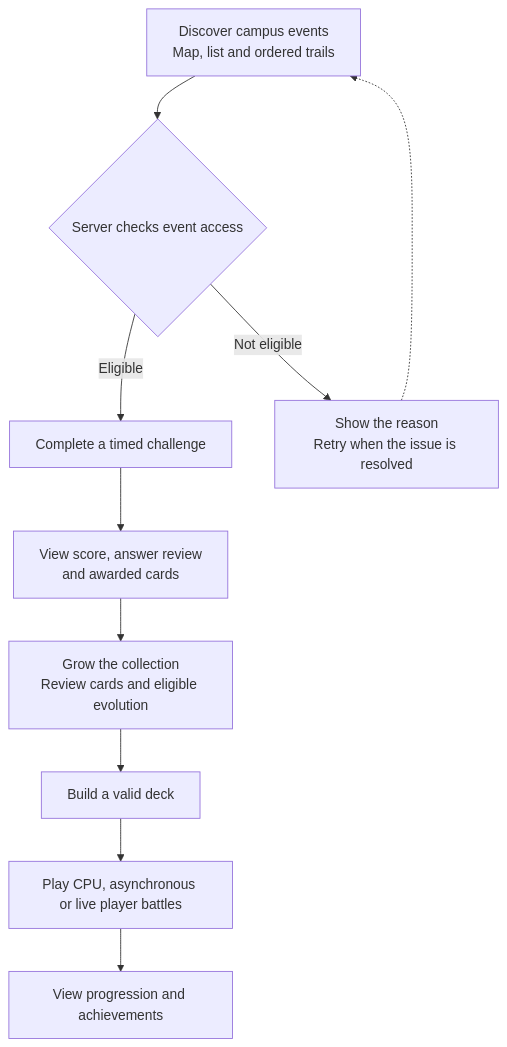
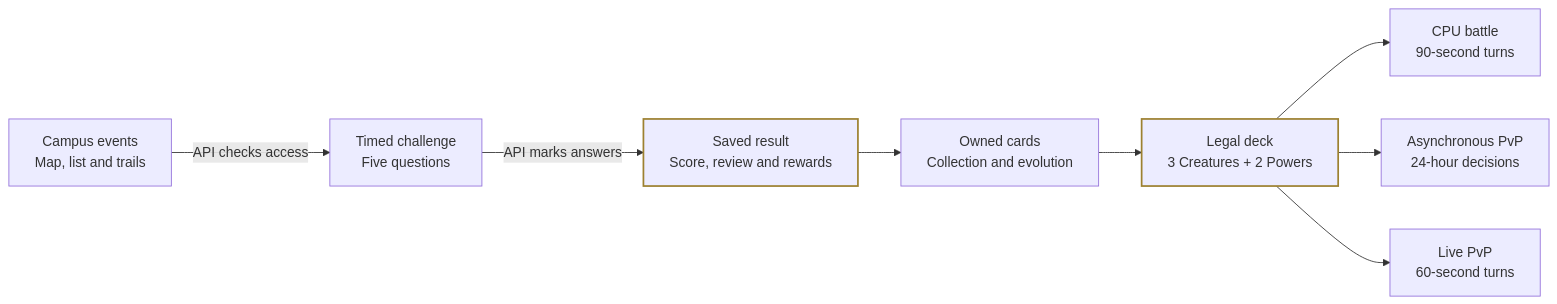
The first of 2 diagrams in docs/architecture/diagrams/index.md (Gradient-Ascenders/Wits-World), drawn with Mermaid before and after one commit. The commit also changed other lines of this file and 4 other files, not shown here.

````diff
--- a/docs/architecture/diagrams/index.md
+++ b/docs/architecture/diagrams/index.md
@@ -17,19 +16,25 @@
 ```mermaid
-flowchart TB
-    accTitle: The Wits Quest player journey
-    accDescr: Discover an event, pass the server eligibility check, play a challenge, receive the stored result, grow a card collection, build a valid deck and battle. Trails and progression connect repeated play.
-    Explore["Discover campus events<br/>Map, list and ordered trails"]
-    Eligible{"Server checks event access"}
-    Retry["Show the reason<br/>Retry when the issue is resolved"]
-    Challenge["Complete a timed challenge"]
-    Results["View score, answer review<br/>and awarded cards"]
-    Collection["Grow the collection<br/>Review cards and eligible evolution"]
-    Deck["Build a valid deck"]
-    Battle["Play CPU, asynchronous or live player battles"]
-    Progress["View progression and achievements"]
-    Explore --> Eligible
-    Eligible -->|"Eligible"| Challenge
-    Eligible -->|"Not eligible"| Retry
-    Retry -.-> Explore
-    Challenge --> Results --> Collection --> Deck --> Battle --> Progress
+flowchart LR
+    accTitle: From campus events to card battles
+    accDescr: The API checks event access before a five-question challenge. Its saved result determines card rewards. Players manage owned cards, build a legal deck, and choose CPU, asynchronous, or live battles. This is a gameplay flow rather than a mandatory navigation sequence.
+
+    Events["Campus events<br/>Map, list and trails"]
+    Quiz["Timed challenge<br/>Five questions"]
+    Result["Saved result<br/>Score, review and rewards"]
+    Cards["Owned cards<br/>Collection and evolution"]
+    Deck["Legal deck<br/>3 Creatures + 2 Powers"]
+    CPU["CPU battle<br/>90-second turns"]
+    Async["Asynchronous PvP<br/>24-hour decisions"]
+    Live["Live PvP<br/>60-second turns"]
+
+    Events -->|"API checks access"| Quiz
+    Quiz -->|"API marks answers"| Result
+    Result --> Cards
+    Cards --> Deck
+    Deck --> CPU
+    Deck --> Async
+    Deck --> Live
+
+    classDef authoritative stroke:#9d8130,stroke-width:2px;
+    class Result,Deck authoritative;
 ```
````
